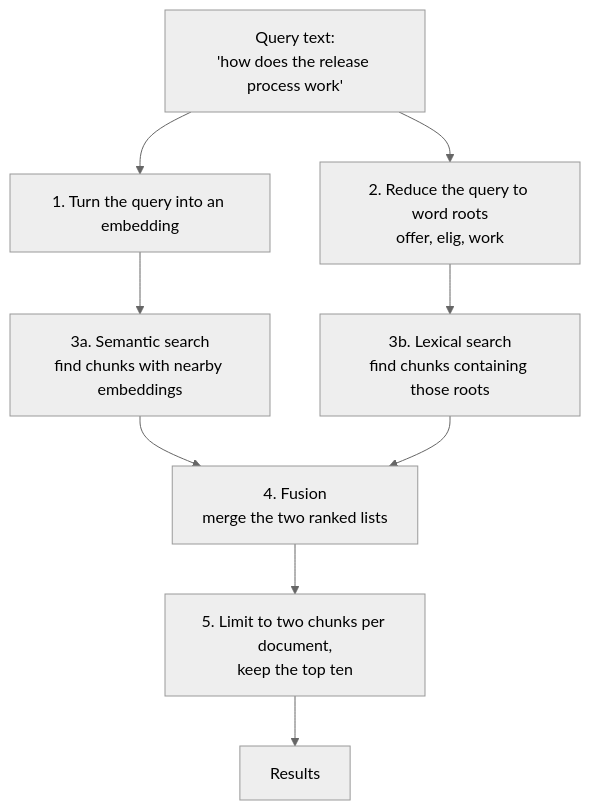
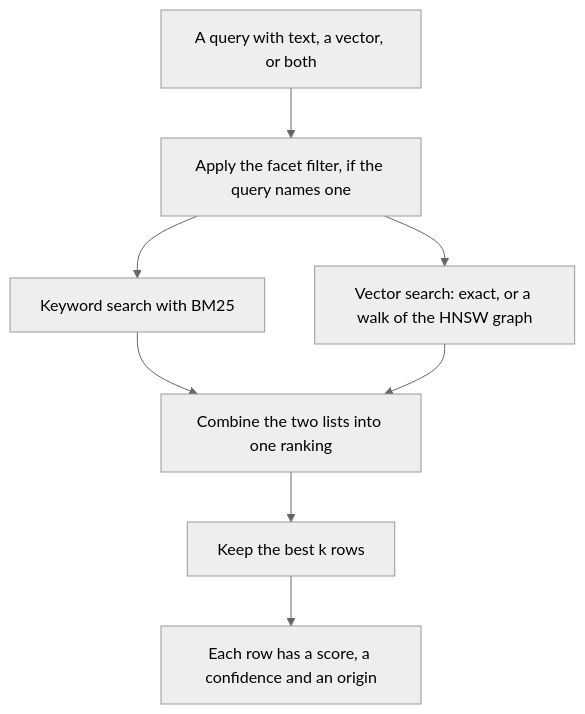
Before and after one commit to jasonmcaffee/inillucent: the first of 3 diagrams in docs/architecture.md, drawn with Mermaid (neutral theme). The commit also changed other lines of this file and 82 other files, not shown here.

````diff
--- a/docs/architecture.md
+++ b/docs/architecture.md
@@ -84,12 +94,10 @@
 ```mermaid
 flowchart TD
-    Q["Query text:<br/>'how does the release process work'"]
-    Q --> E["1. Turn the query into an embedding"]
-    Q --> T["2. Reduce the query to word roots<br/>offer, elig, work"]
-    E --> V["3a. Semantic search<br/>find chunks with nearby embeddings"]
-    T --> L["3b. Lexical search<br/>find chunks containing those roots"]
-    V --> F["4. Fusion<br/>merge the two ranked lists"]
-    L --> F
-    F --> C["5. Limit to two chunks per document,<br/>keep the top ten"]
-    C --> R["Results"]
+    Q["A query with text, a vector, or both"] --> F["Apply the facet filter, if the query names one"]
+    F --> L["Keyword search with BM25"]
+    F --> V["Vector search: exact, or a walk of the HNSW graph"]
+    L --> C["Combine the two lists into one ranking"]
+    V --> C
+    C --> K["Keep the best k rows"]
+    K --> R["Each row has a score, a confidence and an origin"]
 ```
````
